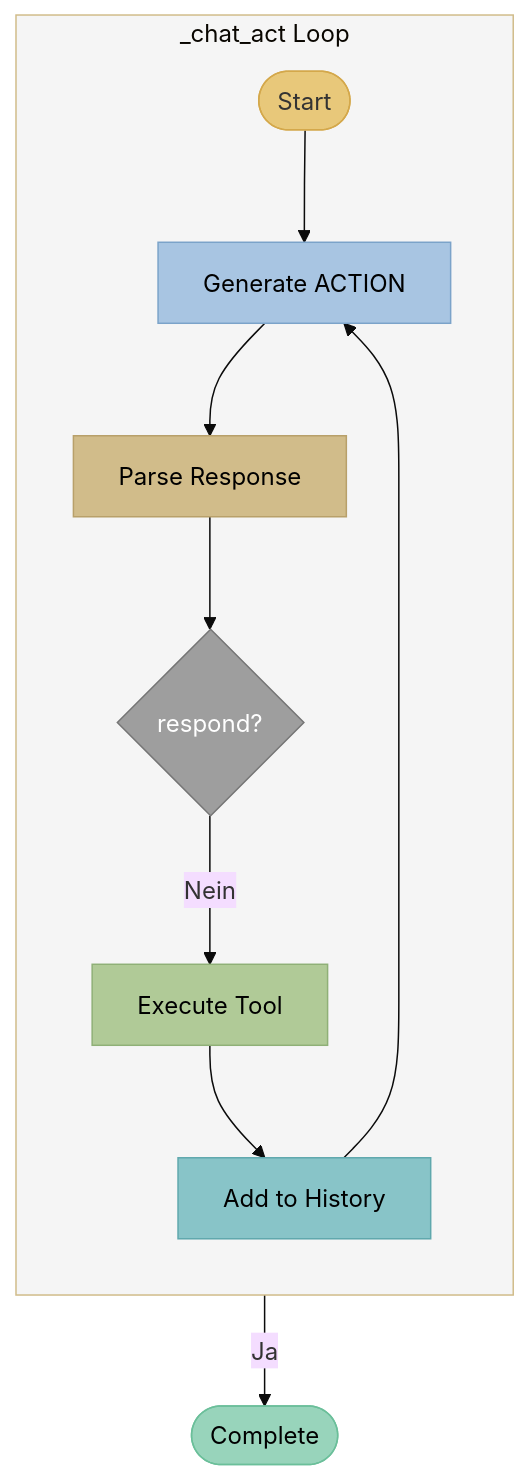
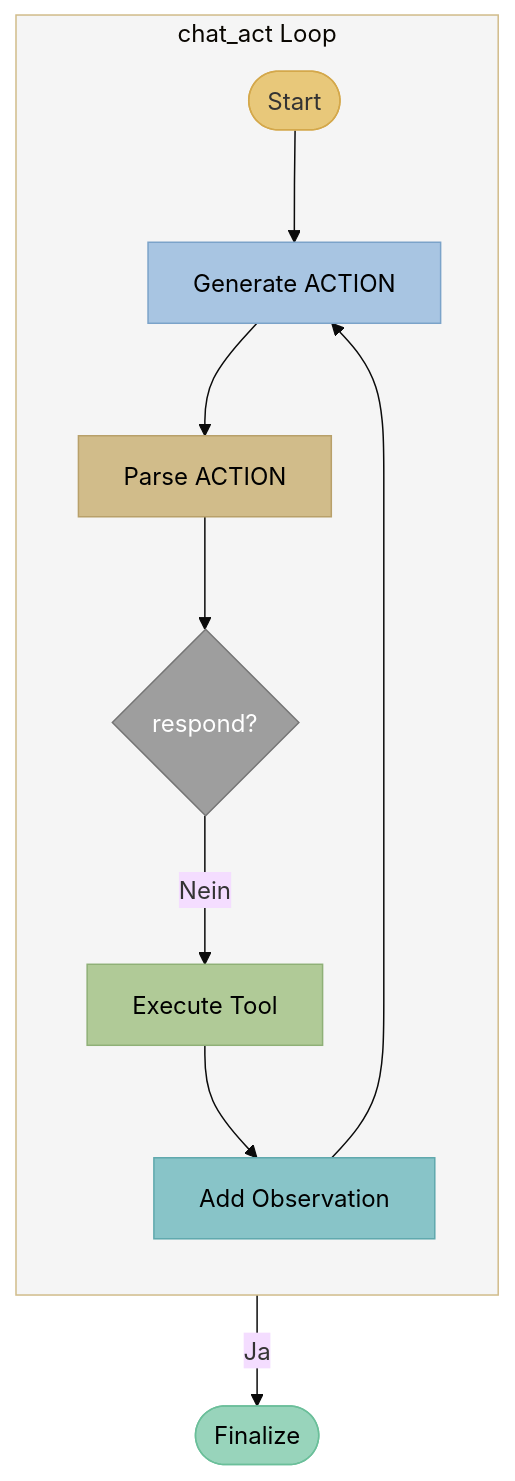
One commit to th-nuernberg/llars changed the second of 2 diagrams in docs/docs/agentic-ai/act.md. Above: the diagram before and after it, drawn with Mermaid (base theme). The commit also changed other lines of this file and 72 other files, not shown here.

````diff
--- a/docs/docs/agentic-ai/act.md
+++ b/docs/docs/agentic-ai/act.md
@@ -107,22 +108,22 @@
 ```mermaid
 flowchart TB
-    subgraph main[_chat_act Loop]
+    subgraph main[chat_act Loop]
         direction TB
         start([Start]) --> gen[Generate ACTION]
-        gen --> parse[Parse Response]
+        gen --> parse[Parse ACTION]
         parse --> check{respond?}
         check -->|Nein| exec[Execute Tool]
-        exec --> history[Add to History]
-        history --> gen
+        exec --> hist[Add Observation]
+        hist --> gen
     end
-    check -->|Ja| done([Complete])
+    check -->|Ja| done([Finalize])
 
     style start fill:#e8c87a,stroke:#d4a84b
     style gen fill:#a8c5e2,stroke:#7ba3c9,color:#000
     style parse fill:#D1BC8A,stroke:#b8a06a,color:#000
     style check fill:#9e9e9e,stroke:#757575,color:#fff
     style exec fill:#b0ca97,stroke:#8fb077,color:#000
-    style history fill:#88c4c8,stroke:#5fa8ad,color:#000
+    style hist fill:#88c4c8,stroke:#5fa8ad,color:#000
     style done fill:#98d4bb,stroke:#6bbf9a,color:#000
     style main fill:#f5f5f5,stroke:#D1BC8A
 ```
````
